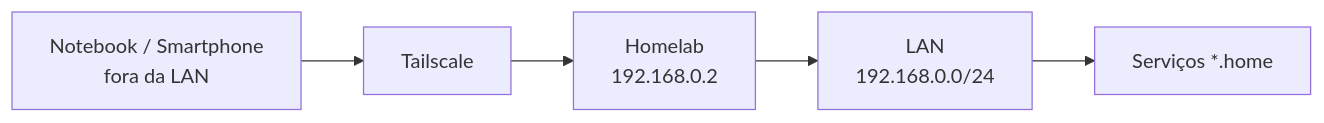
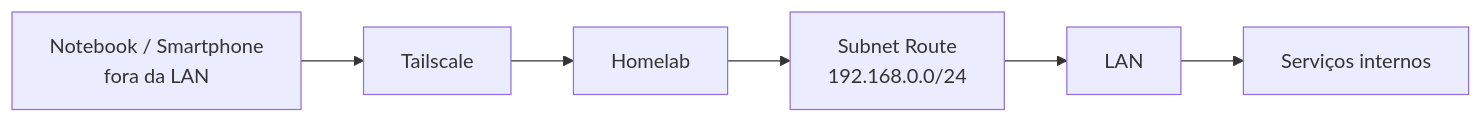
The ninth of 12 diagrams in docs/architecture.md (satrohoria/homelab-infra), drawn with Mermaid before and after one commit. The commit also changed other lines of this file and 3 other files, not shown here.

Commit message:
Update homelab architecture and hardening docs

````diff
--- a/docs/architecture.md
+++ b/docs/architecture.md
@@ -259,18 +482,21 @@
 ```mermaid
 flowchart LR
 
-    Phone["Notebook / Smartphone<br/>fora da LAN"]
+    Device["Notebook / Smartphone<br/>fora da LAN"]
 
     Tail["Tailscale"]
 
-    Homelab["Homelab<br/>192.168.0.2"]
+    Homelab["Homelab"]
 
-    LAN["LAN<br/>192.168.0.0/24"]
+    Route["Subnet Route<br/>192.168.0.0/24"]
 
-    Services["Serviços *.home"]
+    LAN["LAN"]
 
-    Phone --> Tail
+    Services["Serviços internos"]
+
+    Device --> Tail
     Tail --> Homelab
-    Homelab --> LAN
+    Homelab --> Route
+    Route --> LAN
     LAN --> Services
 ```
````
